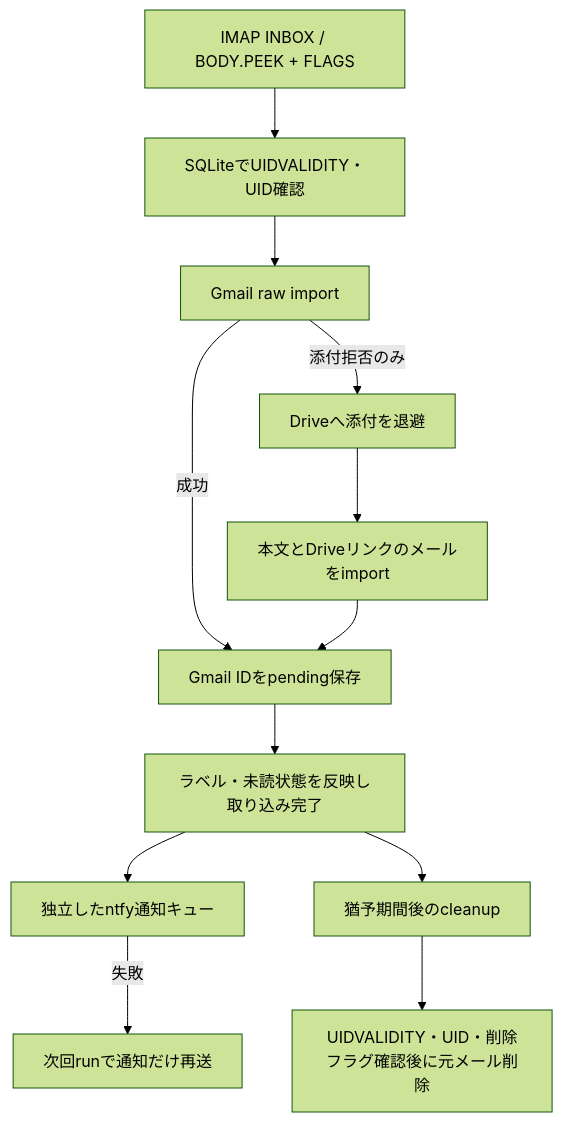
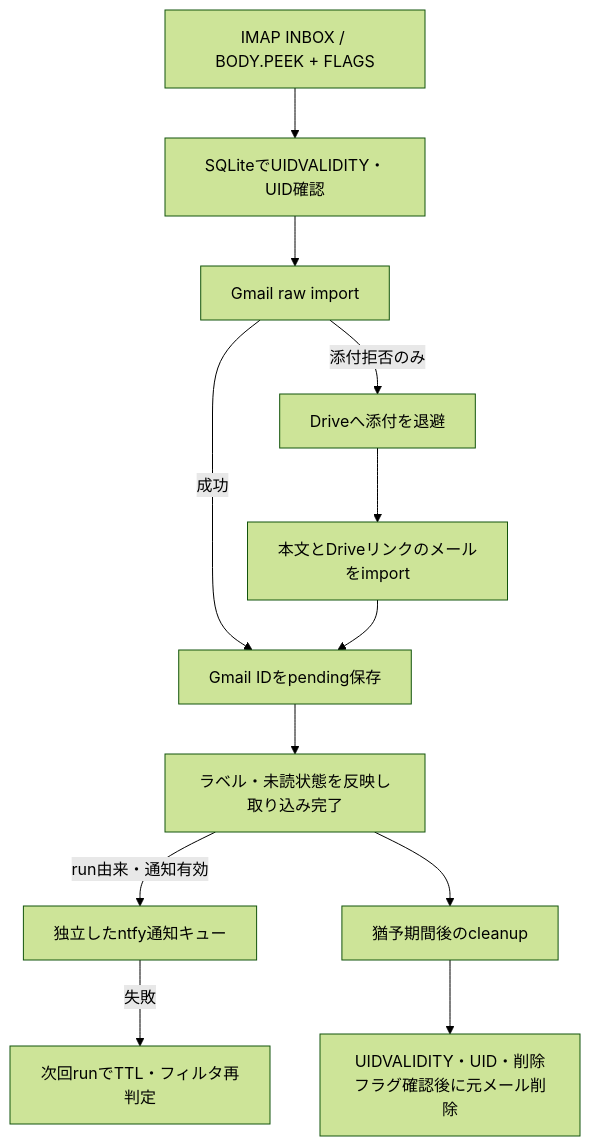
The diagram in README.md (sosboy-san/gmail_bridge), drawn with Mermaid (forest theme) before and after one commit. The commit also changed other lines of this file and 41 other files, not shown here.

````diff
--- a/README.md
+++ b/README.md
@@ -37,14 +41,14 @@
 ```mermaid
 flowchart TD
     I[IMAP INBOX / BODY.PEEK + FLAGS] --> S[SQLiteでUIDVALIDITY・UID確認]
     S --> G[Gmail raw import]
     G -->|成功| P[Gmail IDをpending保存]
     G -->|添付拒否のみ| D[Driveへ添付を退避]
     D --> F[本文とDriveリンクのメールをimport]
     F --> P
     P --> L[ラベル・未読状態を反映し取り込み完了]
-    L --> N[独立したntfy通知キュー]
-    N -->|失敗| R[次回runで通知だけ再送]
+    L -->|run由来・通知有効| N[独立したntfy通知キュー]
+    N -->|失敗| R[次回runでTTL・フィルタ再判定]
     L --> C[猶予期間後のcleanup]
     C --> V[UIDVALIDITY・UID・削除フラグ確認後に元メール削除]
 ```
````
